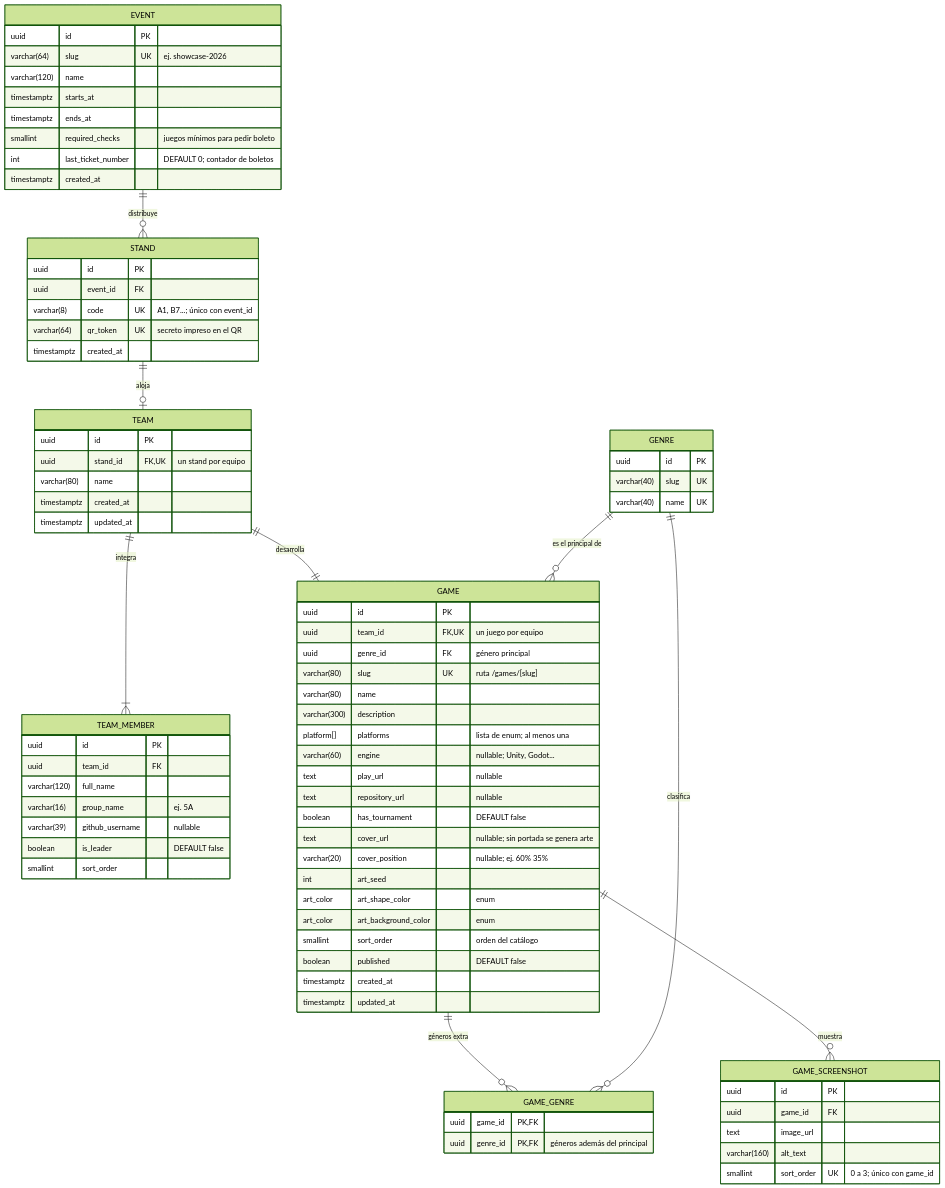
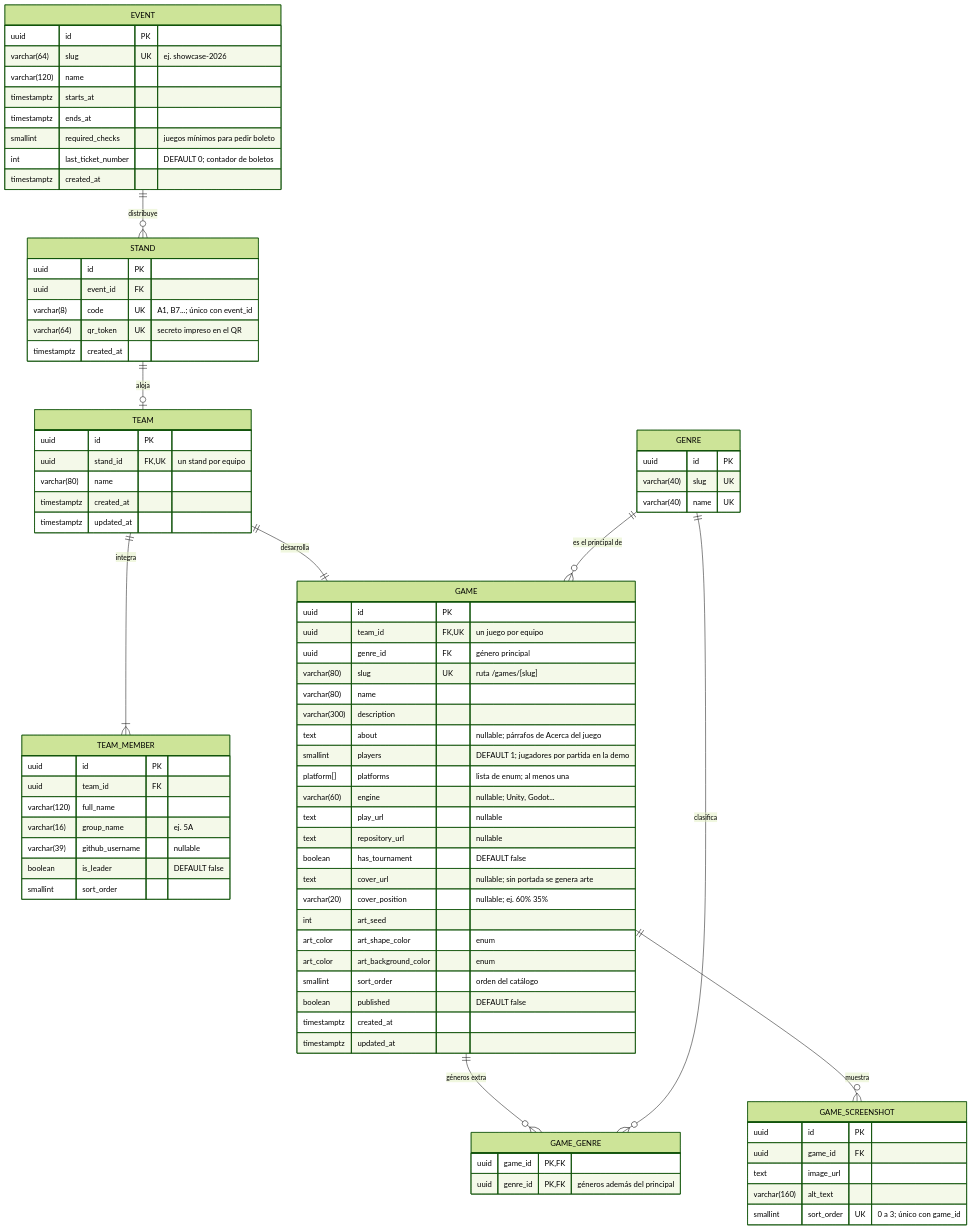
The second of 3 diagrams in docs/data-model.md (ikabeee/ut-e3), drawn with Mermaid (forest theme) before and after one commit. The commit also changed other lines of this file and 4 other files, not shown here.

```diff
--- a/docs/data-model.md
+++ b/docs/data-model.md
@@ -116,6 +116,8 @@
         varchar(80) slug UK "ruta /games/[slug]"
         varchar(80) name
         varchar(300) description
+        text about "nullable; párrafos de Acerca del juego"
+        smallint players "DEFAULT 1; jugadores por partida en la demo"
         platform[] platforms "lista de enum; al menos una"
         varchar(60) engine "nullable; Unity, Godot..."
         text play_url "nullable"
```
